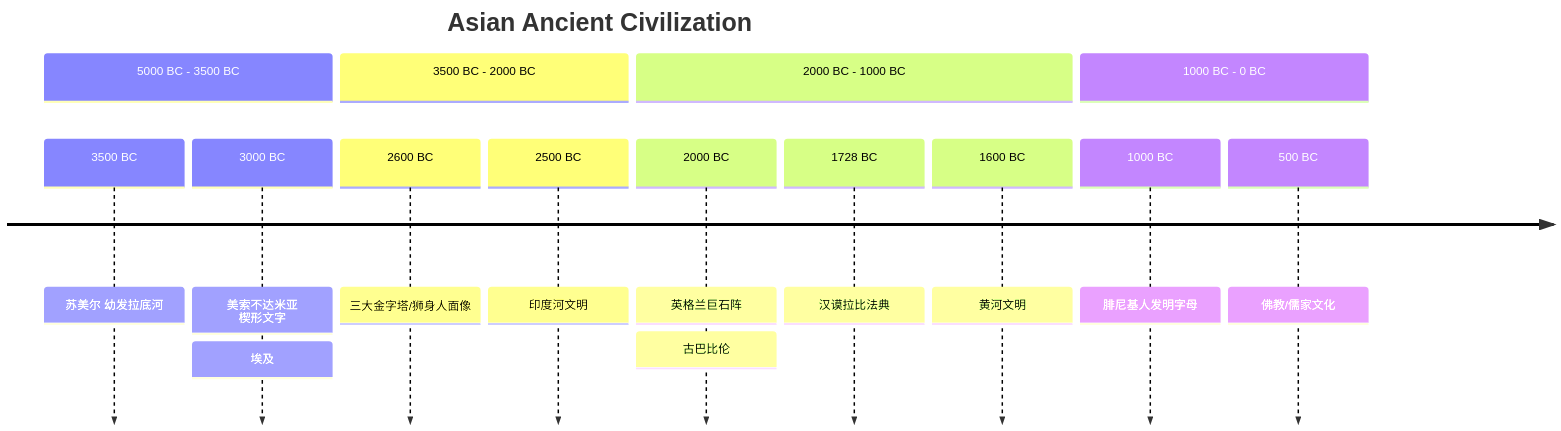
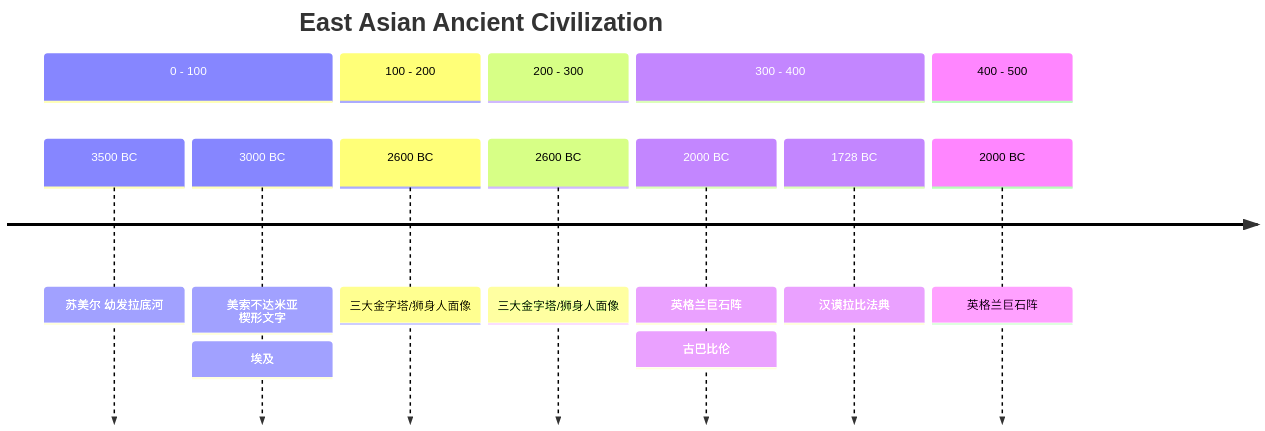
The fifth of 7 diagrams in README.md (stemgene/World_history_time_line), drawn with Mermaid before and after one commit. The commit also changed other lines of this file, not shown here.

````diff
--- a/README.md
+++ b/README.md
@@ -40,19 +91,19 @@
 ```mermaid
 timeline
-title Asian Ancient Civilization
-section 5000 BC - 3500 BC
+title East Asian Ancient Civilization
+section 0 - 100
     3500 BC : 苏美尔 幼发拉底河
     3000 BC: 美索不达米亚 楔形文字
            : 埃及
-Section 3500 BC - 2000 BC
+Section 100 - 200
     2600 BC: 三大金字塔/狮身人面像
-    2500 BC: 印度河文明
-Section 2000 BC - 1000 BC
+Section 200 - 300
+    2600 BC: 三大金字塔/狮身人面像
+Section 300 - 400
     2000 BC: 英格兰巨石阵
            : 古巴比伦
     1728 BC: 汉谟拉比法典
-    1600 BC: 黄河文明
-Section 1000 BC - 0 BC
-    1000 BC: 腓尼基人发明字母
-    500  BC: 佛教/儒家文化
+Section 400 - 500
+    2000 BC: 英格兰巨石阵
+
 ```
````
